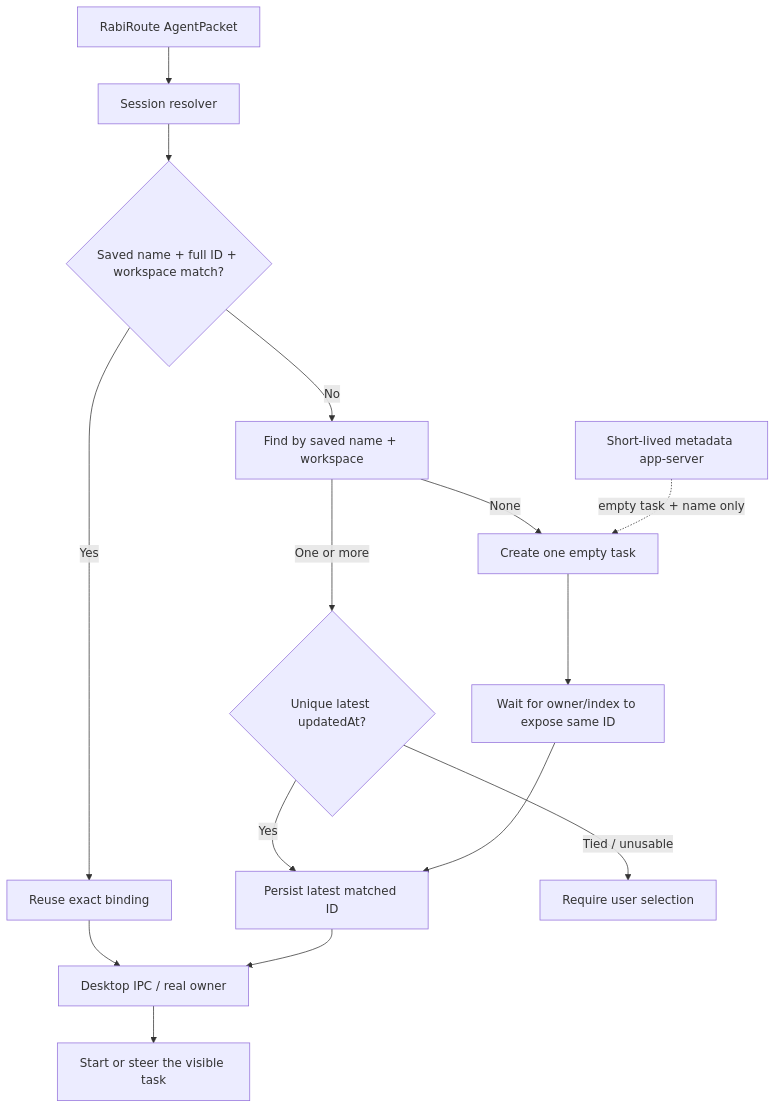
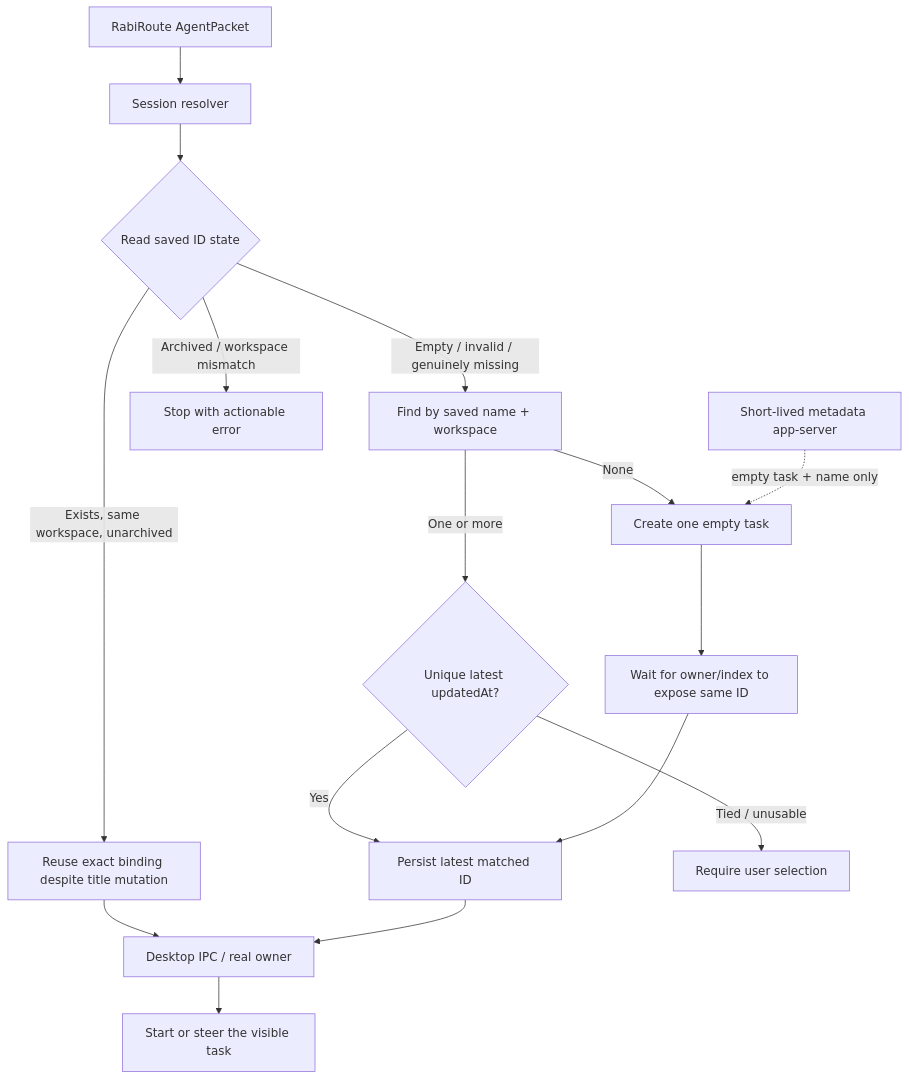
The diagram in docs/agent-adapter-integration-lessons_en.md (vb2250158/RabiRoute), drawn with Mermaid before and after one commit. The commit also changed other lines of this file and 21 other files, not shown here.

````diff
--- a/docs/agent-adapter-integration-lessons_en.md
+++ b/docs/agent-adapter-integration-lessons_en.md
@@ -109,17 +109,18 @@
 ```mermaid
 flowchart TD
     R["RabiRoute AgentPacket"] --> S["Session resolver"]
-    S --> I{"Saved name + full ID + workspace match?"}
-    I -->|"Yes"| B["Reuse exact binding"]
-    I -->|"No"| N["Find by saved name + workspace"]
+    S --> I{"Read saved ID state"}
+    I -->|"Exists, same workspace, unarchived"| B["Reuse exact binding despite title mutation"]
+    I -->|"Empty / invalid / genuinely missing"| N["Find by saved name + workspace"]
+    I -->|"Archived / workspace mismatch"| F["Stop with actionable error"]
     N -->|"One or more"| L{"Unique latest updatedAt?"}
     L -->|"Yes"| P["Persist latest matched ID"]
     L -->|"Tied / unusable"| A["Require user selection"]
     N -->|"None"| C["Create one empty task"]
     C --> W["Wait for owner/index to expose same ID"]
     W --> P
     B --> D["Desktop IPC / real owner"]
     P --> D
     D --> T["Start or steer the visible task"]
     X["Short-lived metadata app-server"] -. "empty task + name only" .-> C
 ```
````
